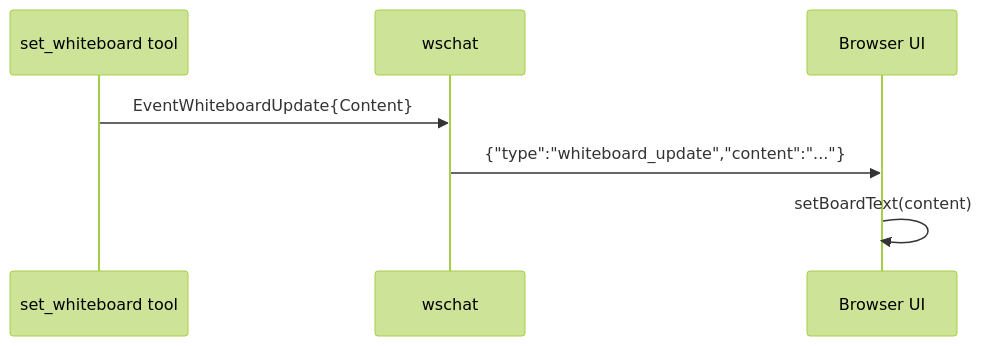
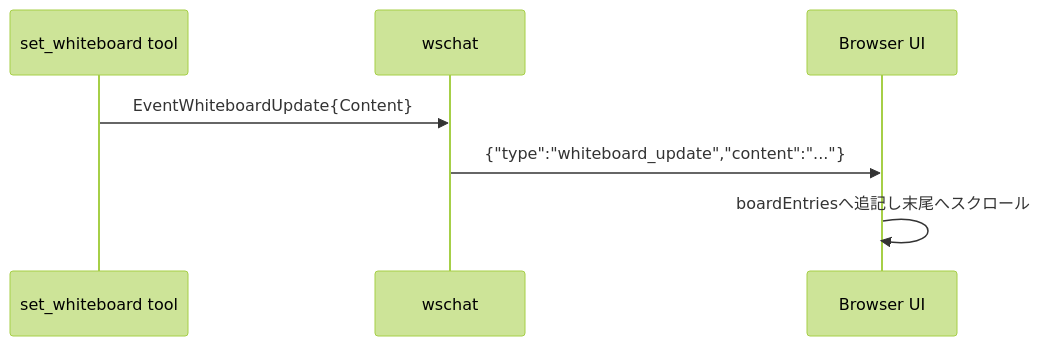
One commit to tetetratra/smart-speaker changed the fourth of 4 diagrams in docs/components/wschat.md. Above: the diagram before and after it, drawn with Mermaid (forest theme). The commit also changed other lines of this file and 4 other files, not shown here.

````diff
--- a/docs/components/wschat.md
+++ b/docs/components/wschat.md
@@ -134,10 +134,10 @@
 ```mermaid
 sequenceDiagram
     participant Tool as set_whiteboard tool
     participant WS as wschat
     participant UI as Browser UI
 
     Tool->>WS: EventWhiteboardUpdate{Content}
     WS->>UI: {"type":"whiteboard_update","content":"..."}
-    UI->>UI: setBoardText(content)
+    UI->>UI: boardEntriesへ追記し末尾へスクロール
 ```
````
